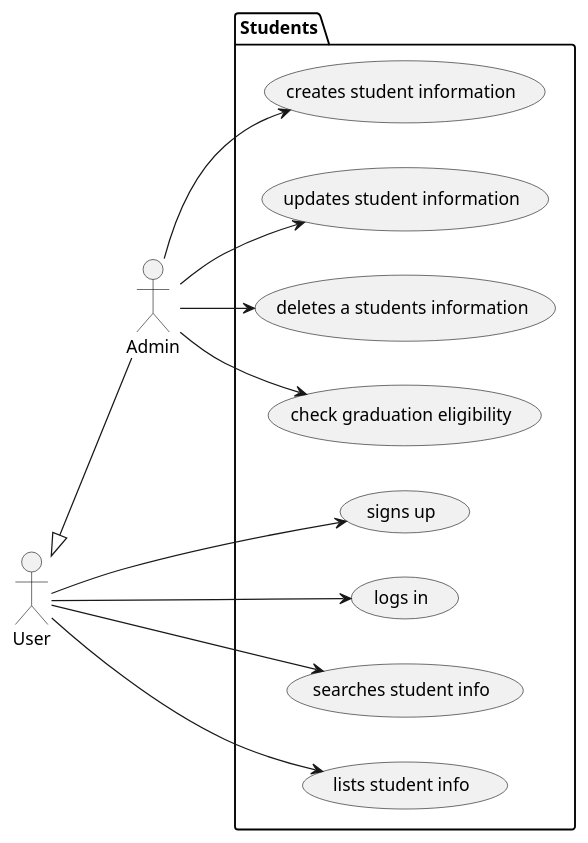
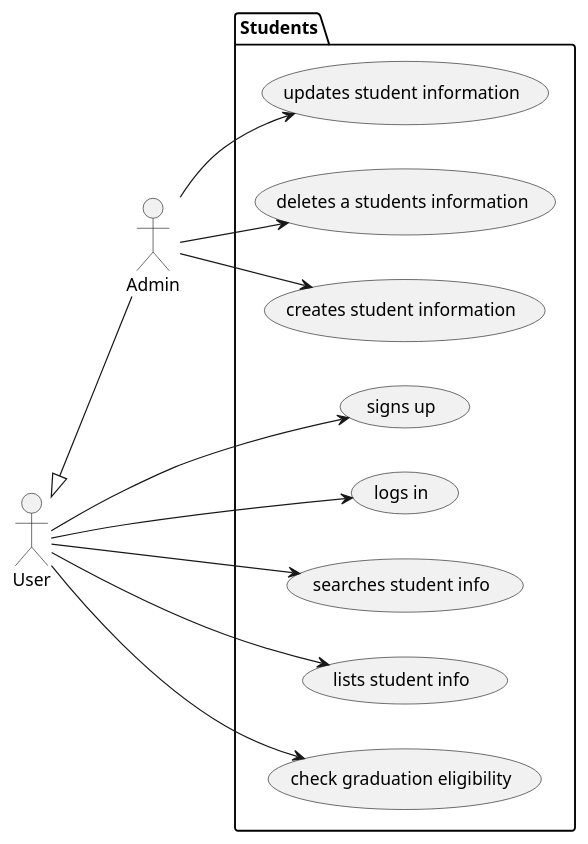
One commit to msu-denver/project-3-student-management-blueteam changed the diagram in uml/use_case.wsd. Above: the diagram before and after it, drawn with PlantUML. The commit also changed 2 other files, not shown here.

```diff
--- a/uml/use_case.wsd
+++ b/uml/use_case.wsd
@@ -2,19 +2,21 @@
 @startuml usecase
 
 left to right direction
 
 :User:
 :Admin:
 
 User <|-- Admin
 
 package "Students" {
     :User: --> (signs up)
     :User: --> (logs in)
     :User: --> (searches student info)
     :User: --> (lists student info)
+    :User: --> (check graduation eligibility)
     :Admin: --> (creates student information)
     :Admin: --> (updates student information)
     :Admin: --> (deletes a students information)
-    :Admin: --> (check graduation eligibility)
+    
+}
 @enduml
```
